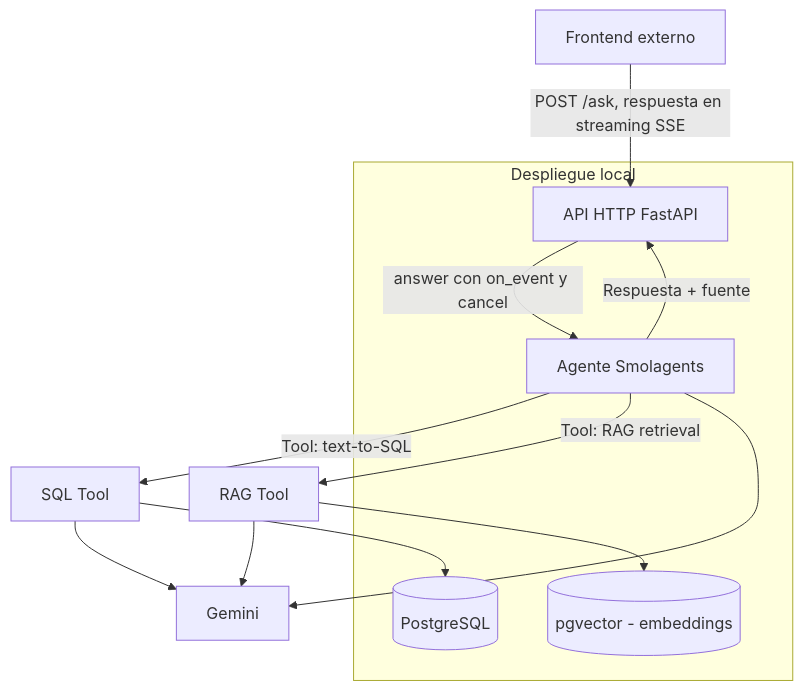
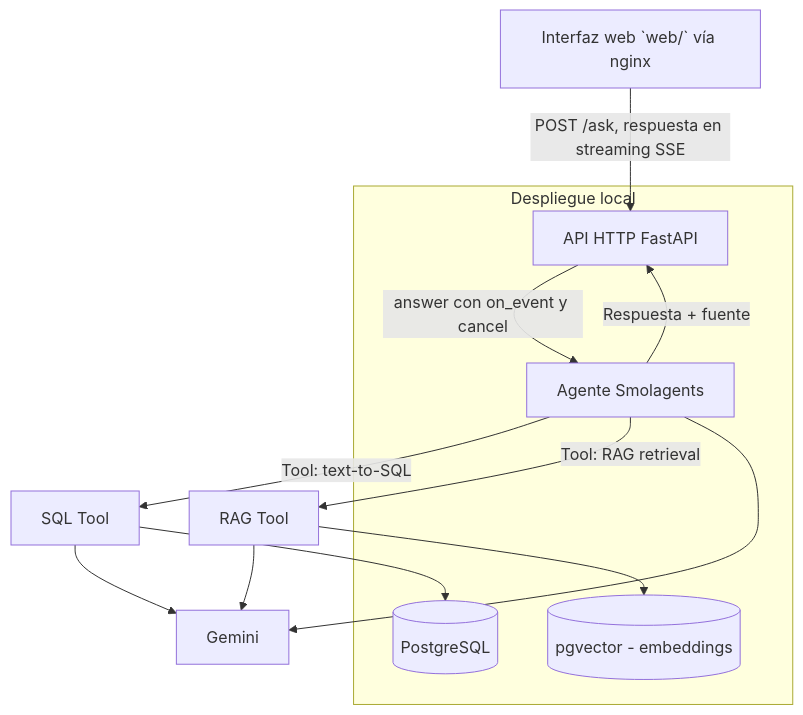
The diagram in TP/02-especificacion-tecnica.md (lucapierini/tp-topicos-g2-pipidu-library-agent), drawn with Mermaid before and after one commit. The commit also changed other lines of this file and 14 other files, not shown here.

Commit message:
docs(sdd): propone el change frontend-web-vite y alinea R-7.0 con la SPA como cliente de la API (R-7.0, R-8.1 a R-8.9, D84)

````diff
--- a/TP/02-especificacion-tecnica.md
+++ b/TP/02-especificacion-tecnica.md
@@ -11,20 +11,20 @@
 ```mermaid
 flowchart TB
-    FE[Frontend externo] -->|POST /ask, respuesta en streaming SSE| API[API HTTP FastAPI]
+    FE[Interfaz web `web/` vía nginx] -->|POST /ask, respuesta en streaming SSE| API[API HTTP FastAPI]
     API -->|answer con on_event y cancel| AGENT[Agente Smolagents]
     AGENT -->|Tool: text-to-SQL| SQLTOOL[SQL Tool]
     AGENT -->|Tool: RAG retrieval| RAGTOOL[RAG Tool]
     SQLTOOL --> DB[(PostgreSQL)]
     RAGTOOL --> VSTORE[(pgvector - embeddings)]
     RAGTOOL --> LLM[Gemini]
     SQLTOOL --> LLM
     AGENT --> LLM
     AGENT -->|Respuesta + fuente| API
 
     subgraph LOCAL[Despliegue local]
         DB
         VSTORE
         AGENT
         API
     end
 ```
````
